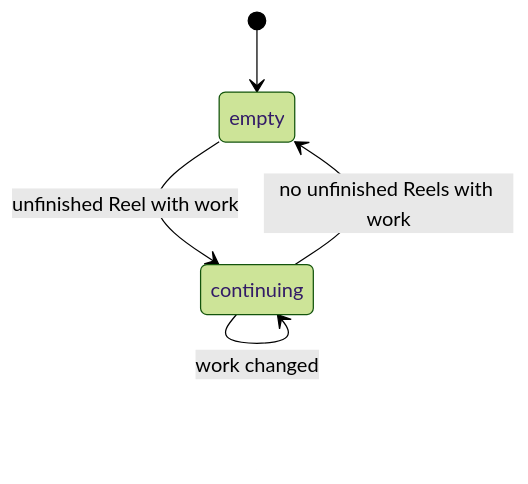
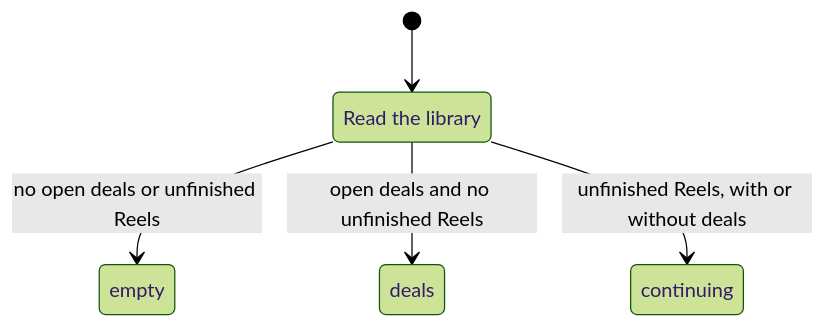
Before and after one commit to prateekranka/instaContentHelper: the ninth of 20 diagrams in docs/state-machines.md, drawn with Mermaid (forest theme). The commit also changed other lines of this file and 20 other files, not shown here.

````diff
--- a/docs/state-machines.md
+++ b/docs/state-machines.md
@@ -306,7 +306,8 @@
 ```mermaid
 stateDiagram-v2
-    [*] --> empty
-    empty --> continuing: unfinished Reel with work
-    continuing --> empty: no unfinished Reels with work
-    continuing --> continuing: work changed
+    state "Read the library" as workChanged
+    [*] --> workChanged
+    workChanged --> empty: no open deals or unfinished Reels
+    workChanged --> deals: open deals and no unfinished Reels
+    workChanged --> continuing: unfinished Reels, with or without deals
 ```
````
